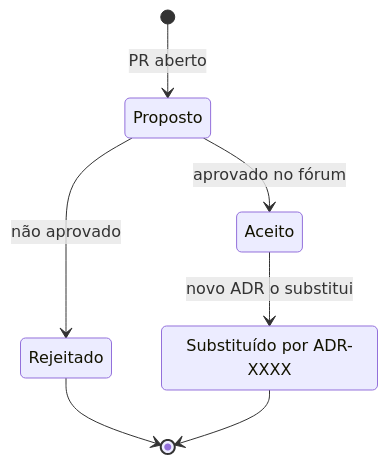
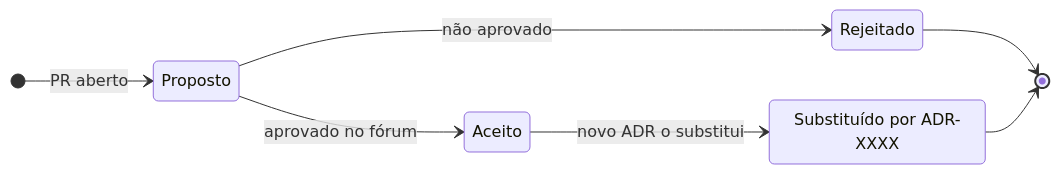
The diagram in arquitetura/docs/decisoes/modelo-adr.md (edtroleis/techdocs-wikis), drawn with Mermaid before and after one commit. The commit also changed other lines of this file and 10 other files, not shown here.

````diff
--- a/arquitetura/docs/decisoes/modelo-adr.md
+++ b/arquitetura/docs/decisoes/modelo-adr.md
@@ -5,10 +7,11 @@
 ```mermaid
 stateDiagram-v2
+    direction LR
     [*] --> Proposto : PR aberto
     Proposto --> Aceito : aprovado no fórum
     Proposto --> Rejeitado : não aprovado
     Aceito --> Substituido : novo ADR o substitui
     Rejeitado --> [*]
     Substituido --> [*]
     Substituido : Substituído por ADR-XXXX
 ```
````
